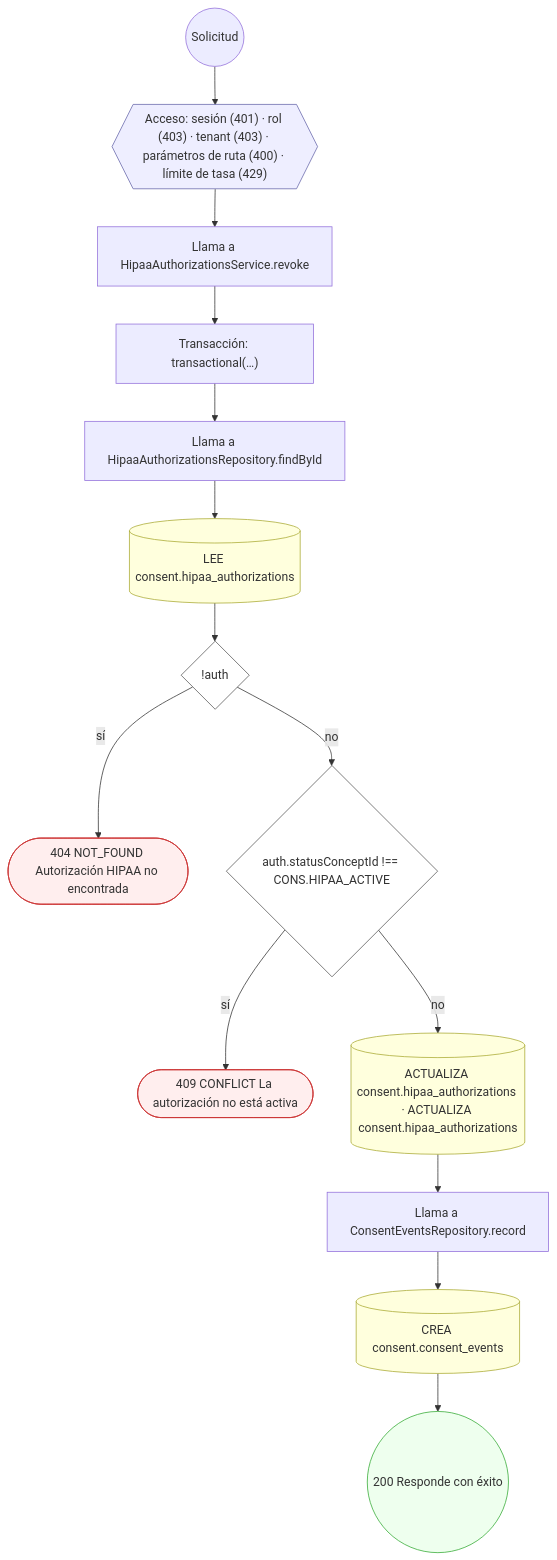
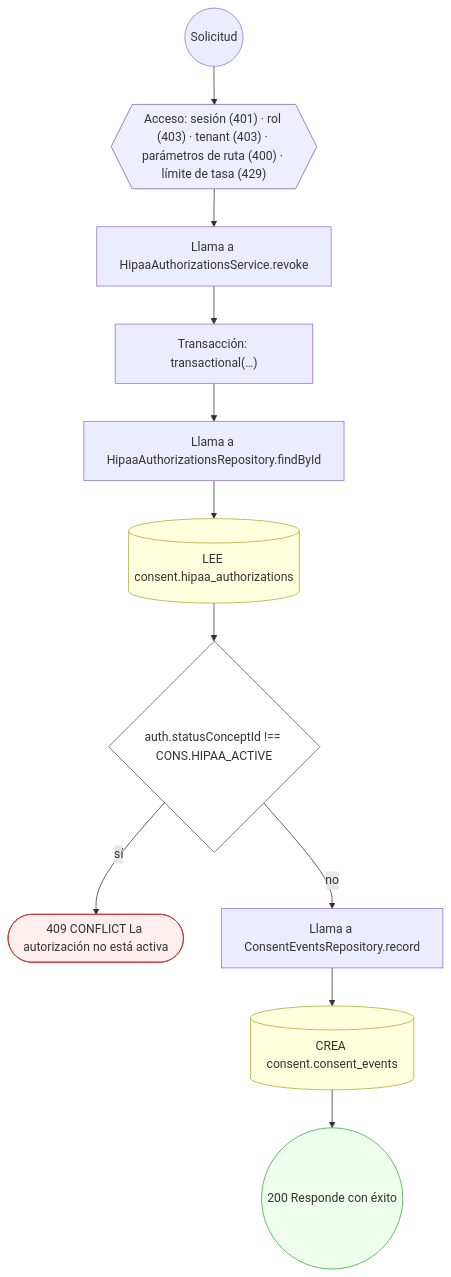
One commit to mdavila-2001/mantra-core-health-api changed the tenth of 19 diagrams in docs/inventario/flujos/consent.md. Above: the diagram before and after it, drawn with Mermaid. The commit also changed other lines of this file and 438 other files, not shown here.

````diff
--- a/docs/inventario/flujos/consent.md
+++ b/docs/inventario/flujos/consent.md
@@ -832,36 +926,30 @@
 ```mermaid
 flowchart TD
   n1(("Solicitud")):::inicio
   n2{{"Acceso: sesión (401) · rol (403) · tenant (403) · parámetros de ruta (400) · límite de tasa (429)"}}:::acceso
   n1 --> n2
   n3["Llama a HipaaAuthorizationsService.revoke"]:::llamada
   n2 --> n3
   n4["Transacción: transactional(…)"]:::transaccion
   n3 --> n4
   n5["Llama a HipaaAuthorizationsRepository.findById"]:::llamada
   n4 --> n5
   n6[("LEE consent.hipaa_authorizations")]:::efecto
   n5 --> n6
-  n7{"!auth"}:::decision
+  n7{"auth.statusConceptId !== CONS.HIPAA_ACTIVE"}:::decision
   n6 --> n7
-  n8(["404 NOT_FOUND Autorización HIPAA no encontrada"]):::error
+  n8(["409 CONFLICT La autorización no está activa"]):::error
   n7 -->|"sí"| n8
-  n9{"auth.statusConceptId !== CONS.HIPAA_ACTIVE"}:::decision
+  n9["Llama a ConsentEventsRepository.record"]:::llamada
   n7 -->|"no"| n9
-  n10(["409 CONFLICT La autorización no está activa"]):::error
-  n9 -->|"sí"| n10
-  n11[("ACTUALIZA consent.hipaa_authorizations · ACTUALIZA consent.hipaa_authorizations")]:::efecto
-  n9 -->|"no"| n11
-  n12["Llama a ConsentEventsRepository.record"]:::llamada
-  n11 --> n12
-  n13[("CREA consent.consent_events")]:::efecto
-  n12 --> n13
-  n14(("200 Responde con éxito")):::ok
-  n13 --> n14
+  n10[("CREA consent.consent_events")]:::efecto
+  n9 --> n10
+  n11(("200 Responde con éxito")):::ok
+  n10 --> n11
   classDef acceso fill:#eef,stroke:#66a
   classDef error fill:#fee,stroke:#c33
   classDef ok fill:#efe,stroke:#3a3
   classDef efecto fill:#ffd,stroke:#aa3
   classDef decision fill:#fff,stroke:#555
   classDef corte fill:#eee,stroke:#999,stroke-dasharray: 4
 ```
````
